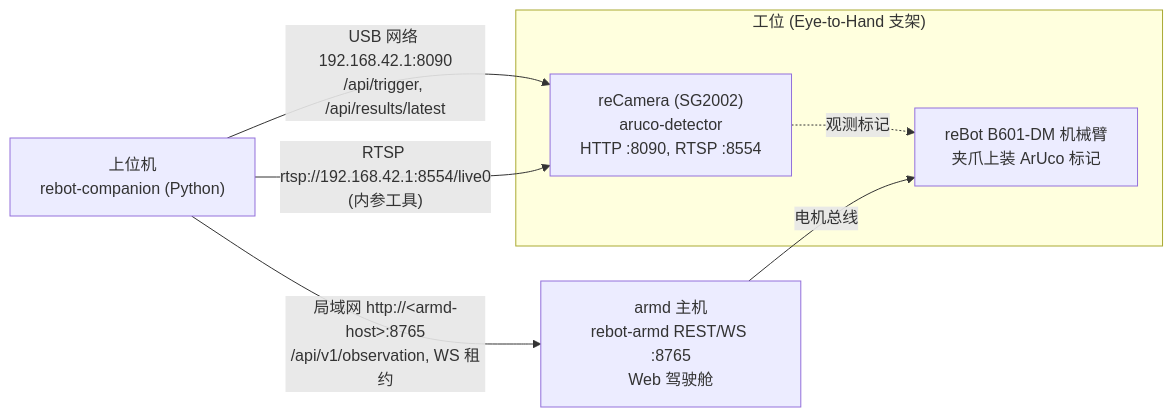
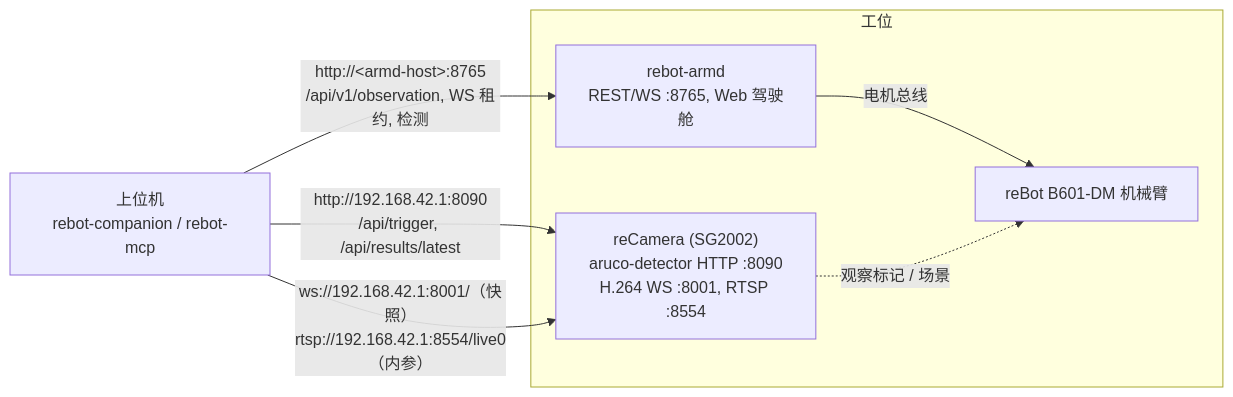
The diagram in README.zh-CN.md (Seeed-Solution/rebot-companion), drawn with Mermaid before and after one commit. The commit also changed other lines of this file and 1 other file, not shown here.

````diff
--- a/README.zh-CN.md
+++ b/README.zh-CN.md
@@ -117,14 +176,14 @@
 ```mermaid
 flowchart LR
-    subgraph Bench["工位 (Eye-to-Hand 支架)"]
-        CAM["reCamera (SG2002)<br/>aruco-detector<br/>HTTP :8090, RTSP :8554"]
-        ARM["reBot B601-DM 机械臂<br/>夹爪上装 ArUco 标记"]
+    subgraph Bench["工位"]
+        CAM["reCamera (SG2002)<br/>aruco-detector HTTP :8090<br/>H.264 WS :8001, RTSP :8554"]
+        ARMD["rebot-armd<br/>REST/WS :8765, Web 驾驶舱"]
+        ARM["reBot B601-DM 机械臂"]
     end
-    HOST["armd 主机<br/>rebot-armd REST/WS :8765<br/>Web 驾驶舱"]
-    PC["上位机<br/>rebot-companion (Python)"]
-    CAM -. "观测标记" .-> ARM
-    HOST -- "电机总线" --> ARM
-    PC -- "USB 网络 192.168.42.1:8090<br/>/api/trigger, /api/results/latest" --> CAM
-    PC -- "RTSP rtsp://192.168.42.1:8554/live0<br/>(内参工具)" --> CAM
-    PC -- "局域网 http://&lt;armd-host&gt;:8765<br/>/api/v1/observation, WS 租约" --> HOST
+    PC["上位机<br/>rebot-companion / rebot-mcp"]
+    ARMD -- "电机总线" --> ARM
+    CAM -. "观察标记 / 场景" .-> ARM
+    PC -- "http://192.168.42.1:8090<br/>/api/trigger, /api/results/latest" --> CAM
+    PC -- "ws://192.168.42.1:8001/（快照）<br/>rtsp://192.168.42.1:8554/live0（内参）" --> CAM
+    PC -- "http://&lt;armd-host&gt;:8765<br/>/api/v1/observation, WS 租约, 检测" --> ARMD
 ```
````
